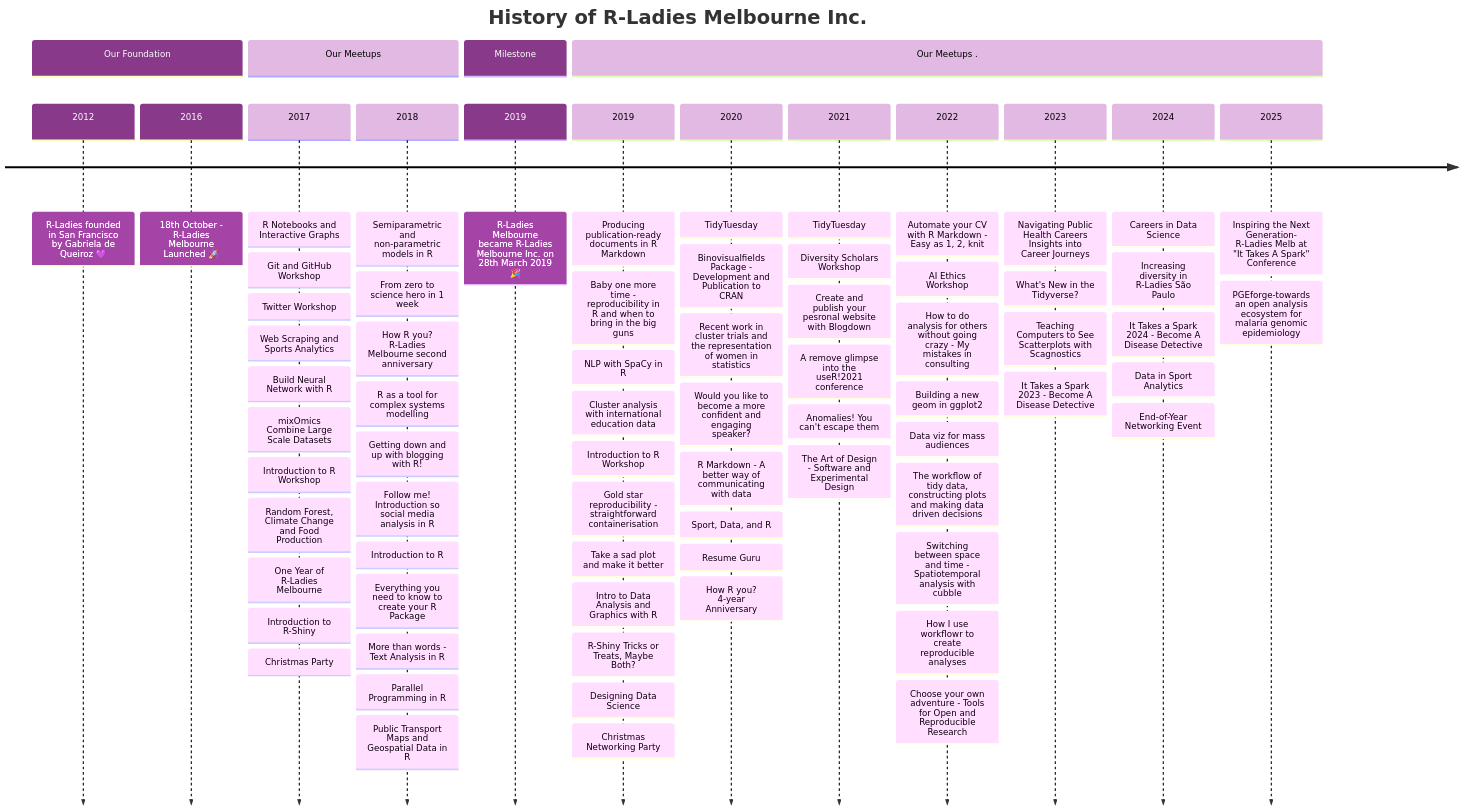
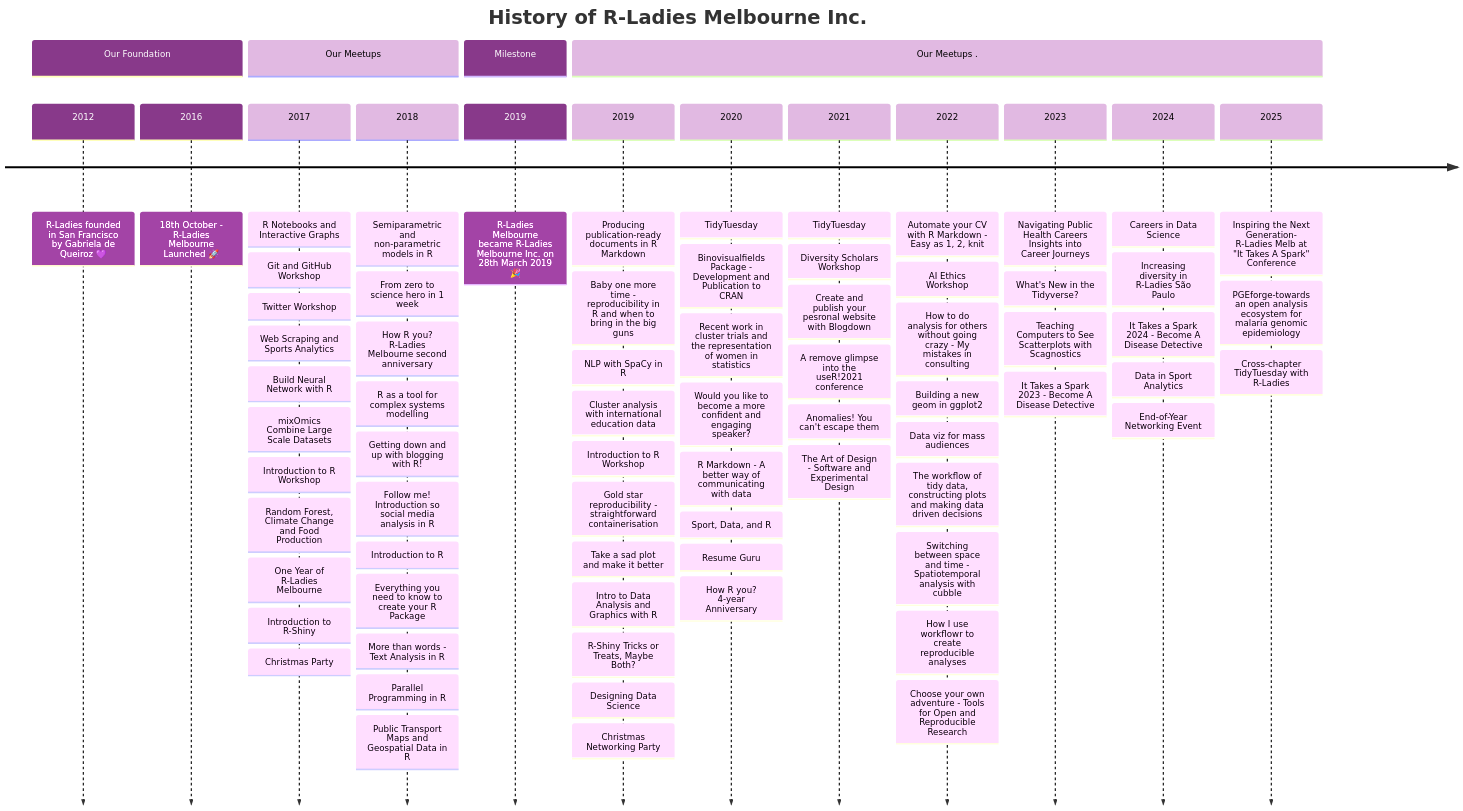
One commit to R-LadiesMelbourne/r-ladiesmelbourne.github.io changed the diagram in timeline.qmd. Above: the diagram before and after it, drawn with Mermaid. The commit also changed other lines of this file and 18 other files, not shown here.

````diff
--- a/timeline.qmd
+++ b/timeline.qmd
@@ -92,4 +92,5 @@
          : End-of-Year Networking Event 
     2025 : Inspiring the Next Generation- R-Ladies Melb at "It Takes A Spark" Conference
          : PGEforge-towards an open analysis ecosystem for malaria genomic epidemiology
+         : Cross-chapter TidyTuesday with R-Ladies
 ```
````
